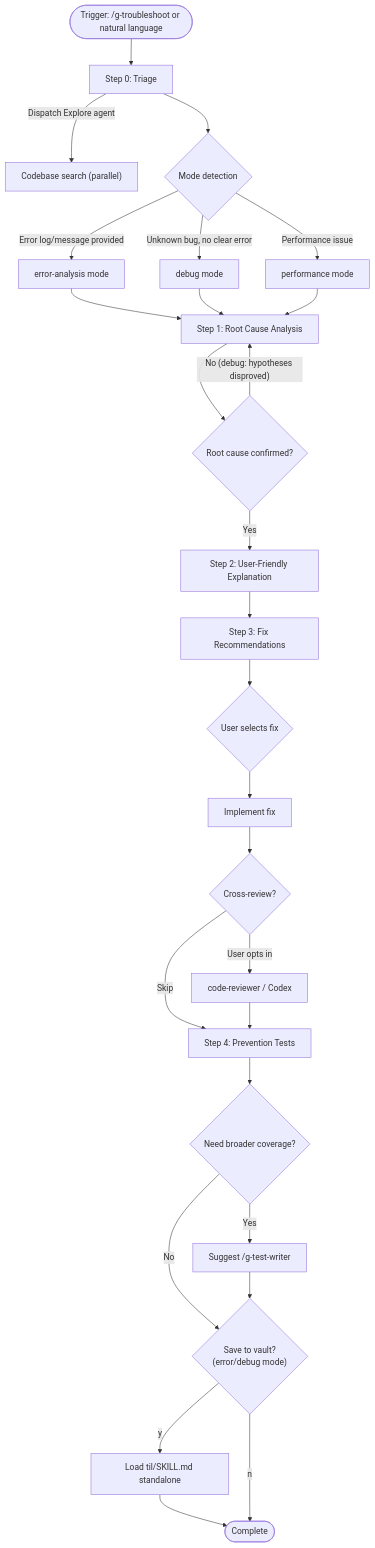
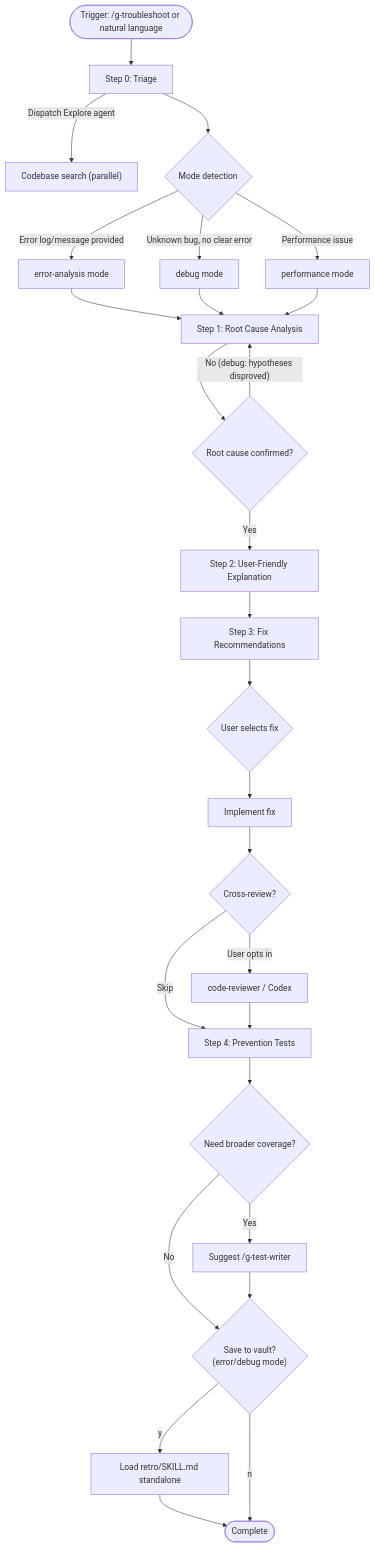
Before and after one commit to gloriaJun/grimoire: the diagram in skills/dev/tools/troubleshoot/SKILL.md, drawn with Mermaid. The commit also changed 24 other files, not shown here.

````diff
--- a/skills/dev/tools/troubleshoot/SKILL.md
+++ b/skills/dev/tools/troubleshoot/SKILL.md
@@ -19,30 +19,30 @@
 ```mermaid
 flowchart TD
     A(["Trigger: /g-troubleshoot or natural language"]) --> B["Step 0: Triage"]
     B --> |"Dispatch Explore agent"| B2["Codebase search (parallel)"]
     B --> C{"Mode detection"}
     C -- "Error log/message provided" --> D["error-analysis mode"]
     C -- "Unknown bug, no clear error" --> E["debug mode"]
     C -- "Performance issue" --> F["performance mode"]
 
     D --> G["Step 1: Root Cause Analysis"]
     E --> G
     F --> G
 
     G --> H{"Root cause confirmed?"}
     H -- "No (debug: hypotheses disproved)" --> G
     H -- "Yes" --> I["Step 2: User-Friendly Explanation"]
     I --> J["Step 3: Fix Recommendations"]
     J --> K{"User selects fix"}
     K --> L["Implement fix"]
     L --> M{"Cross-review?"}
     M -- "User opts in" --> N["code-reviewer / Codex"]
     M -- "Skip" --> O["Step 4: Prevention Tests"]
     N --> O
     O --> P{"Need broader coverage?"}
     P -- "No" --> Q{"Save to vault?\n(error/debug mode)"}
     P -- "Yes" --> R["Suggest /g-test-writer"]
     R --> Q
-    Q -- "y" --> S["Load til/SKILL.md standalone"] --> T(["Complete"])
+    Q -- "y" --> S["Load retro/SKILL.md standalone"] --> T(["Complete"])
     Q -- "n" --> T
 ```
````
